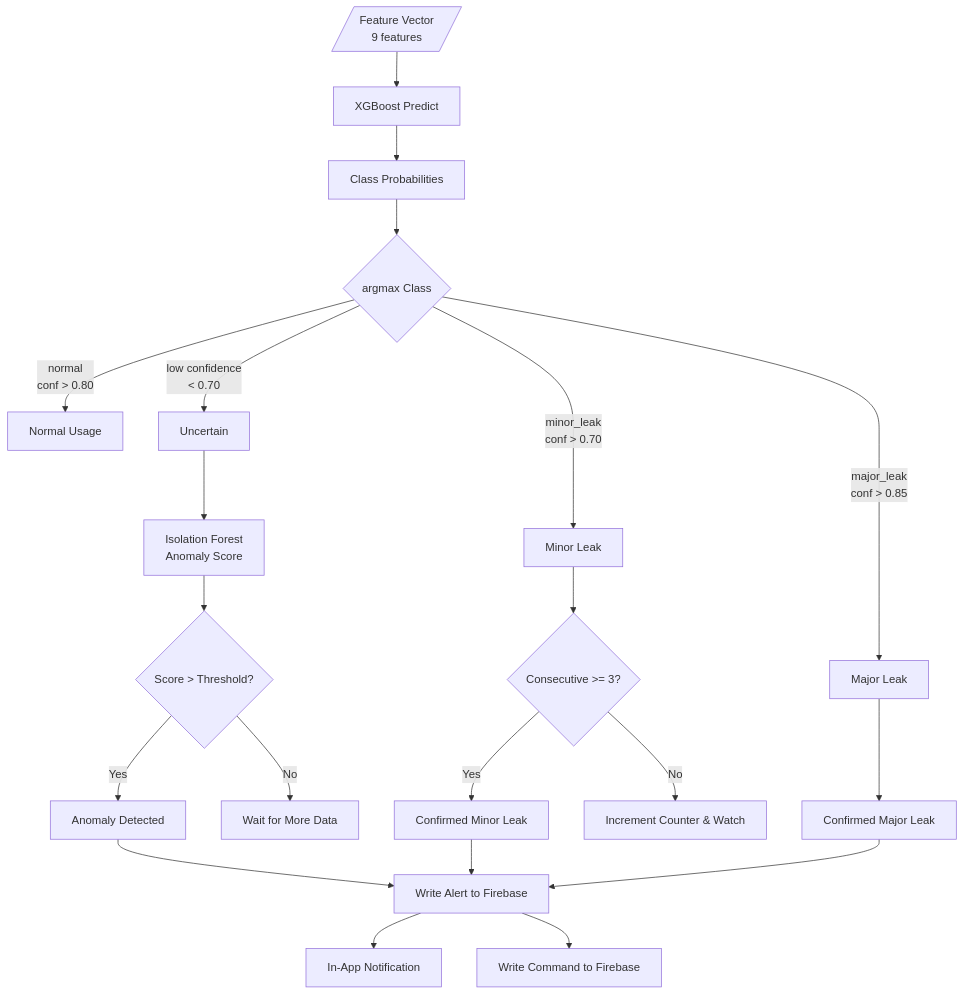
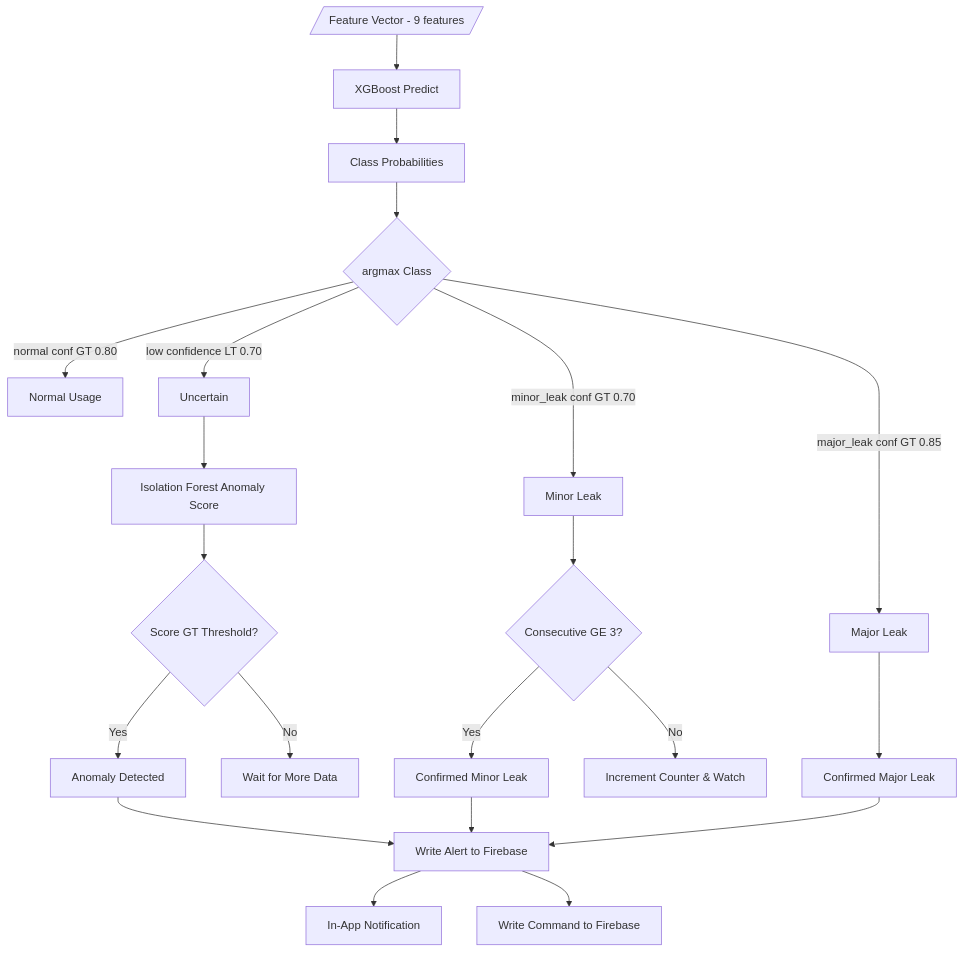
Before and after one commit to qppd/water-meter: the fifth of 8 diagrams in docs/flowchart.md, drawn with Mermaid. The commit also changed other lines of this file, not shown here.

Commit message:
Fix flowchart.md diagram 3: remove parentheses from node labels (millis(), >, < not supported by Mermaid)

````diff
--- a/docs/flowchart.md
+++ b/docs/flowchart.md
@@ -171,28 +171,28 @@
 ```mermaid
 flowchart TD
-    Features[/Feature Vector<br/>9 features/] --> XGB[XGBoost Predict]
+    Features[/Feature Vector - 9 features/] --> XGB[XGBoost Predict]
     XGB --> Probs[Class Probabilities]
     Probs --> Argmax{argmax Class}
     
-    Argmax -->|normal<br/>conf > 0.80| Normal[Normal Usage]
-    Argmax -->|minor_leak<br/>conf > 0.70| Minor[Minor Leak]
-    Argmax -->|major_leak<br/>conf > 0.85| Major[Major Leak]
-    Argmax -->|low confidence<br/>< 0.70| Uncertain[Uncertain]
+    Argmax -->|normal conf GT 0.80| Normal[Normal Usage]
+    Argmax -->|minor_leak conf GT 0.70| Minor[Minor Leak]
+    Argmax -->|major_leak conf GT 0.85| Major[Major Leak]
+    Argmax -->|low confidence LT 0.70| Uncertain[Uncertain]
     
-    Uncertain --> IF[Isolation Forest<br/>Anomaly Score]
-    IF --> IF_Thresh{Score > Threshold?}
+    Uncertain --> IF[Isolation Forest Anomaly Score]
+    IF --> IF_Thresh{Score GT Threshold?}
     IF_Thresh -->|Yes| Anomaly[Anomaly Detected]
     IF_Thresh -->|No| Wait[Wait for More Data]
     
-    Minor --> MinorCount{Consecutive >= 3?}
+    Minor --> MinorCount{Consecutive GE 3?}
     MinorCount -->|Yes| ConfirmedMinor[Confirmed Minor Leak]
     MinorCount -->|No| WatchMinor[Increment Counter & Watch]
     
     Major --> ConfirmedMajor[Confirmed Major Leak]
     Anomaly --> Alert[Write Alert to Firebase]
     ConfirmedMinor --> Alert
     ConfirmedMajor --> Alert
     
     Alert --> Notify[In-App Notification]
     Alert --> Cmd[Write Command to Firebase]
 ```
````
